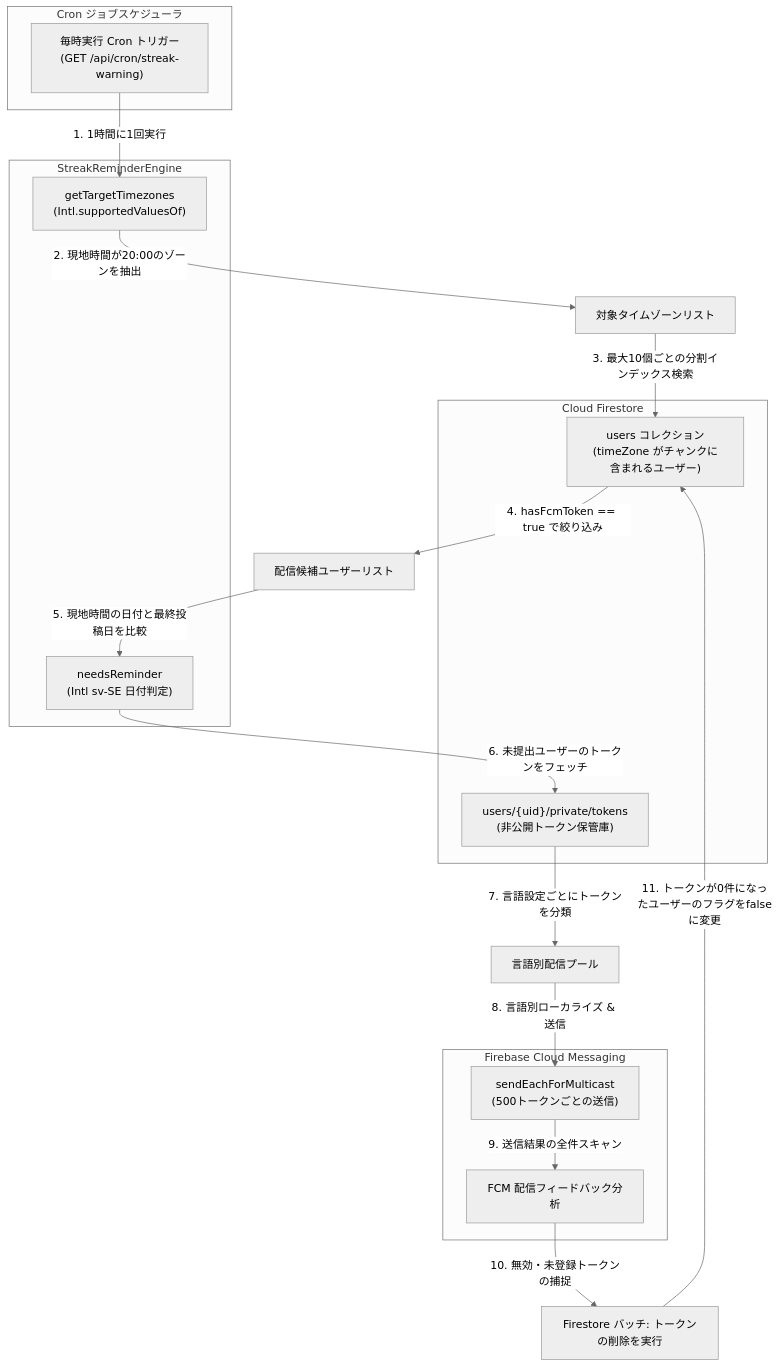
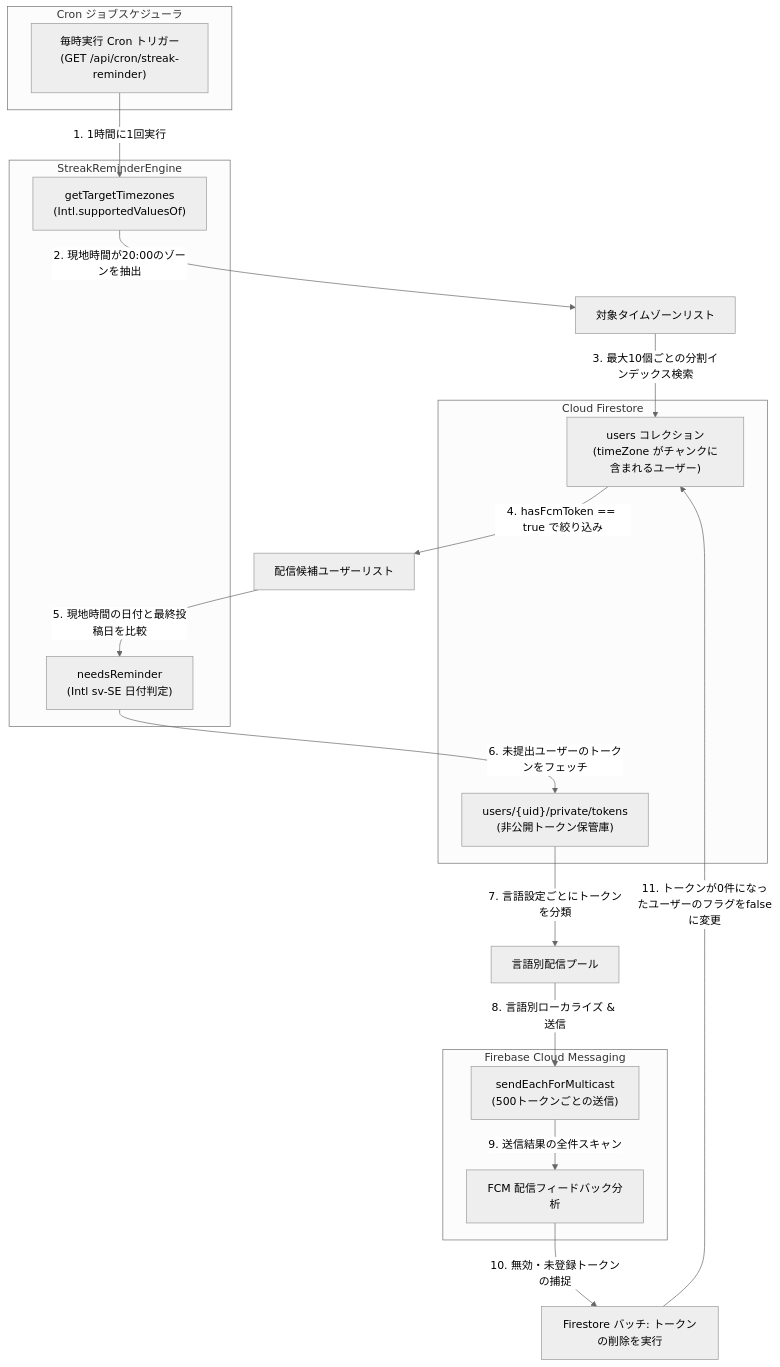
The diagram in docs/ja/details/timezone-streak-reminders.md (ScriptureHabit/scripture-habit), drawn with Mermaid (neutral theme) before and after one commit. The commit also changed other lines of this file and 10 other files, not shown here.

````diff
--- a/docs/ja/details/timezone-streak-reminders.md
+++ b/docs/ja/details/timezone-streak-reminders.md
@@ -12,37 +12,37 @@
 ```mermaid
 flowchart TD
     subgraph Trigger ["Cron ジョブスケジューラ"]
-        Cron["毎時実行 Cron トリガー\n(GET /api/cron/streak-warning)"]
+        Cron["毎時実行 Cron トリガー\n(GET /api/cron/streak-reminder)"]
     end
 
     subgraph Engine ["StreakReminderEngine"]
         TZMath["getTargetTimezones\n(Intl.supportedValuesOf)"]
         TodayMath["needsReminder\n(Intl sv-SE 日付判定)"]
     end
 
     subgraph Firestore ["Cloud Firestore"]
         FUsers["users コレクション\n(timeZone がチャンクに含まれるユーザー)"]
         FTokens["users/{uid}/private/tokens\n(非公開トークン保管庫)"]
     end
 
     subgraph FCM ["Firebase Cloud Messaging"]
         Multicast["sendEachForMulticast\n(500トークンごとの送信)"]
         Feedback["FCM 配信フィードバック分析"]
     end
 
     Cron -->|1. 1時間に1回実行| TZMath
     TZMath -->|2. 現地時間が20:00のゾーンを抽出| targetZones["対象タイムゾーンリスト"]
     
     targetZones -->|3. 最大10個ごとの分割インデックス検索| FUsers
     FUsers -->|4. hasFcmToken == true で絞り込み| eligibleUsers["配信候補ユーザーリスト"]
     
     eligibleUsers -->|5. 現地時間の日付と最終投稿日を比較| TodayMath
     TodayMath -->|6. 未提出ユーザーのトークンをフェッチ| FTokens
     FTokens -->|7. 言語設定ごとにトークンを分類| langPools["言語別配信プール"]
     
     langPools -->|8. 言語別ローカライズ & 送信| Multicast
     Multicast -->|9. 送信結果の全件スキャン| Feedback
     
     Feedback -->|10. 無効・未登録トークンの捕捉| purgeBatch["Firestore バッチ: トークンの削除を実行"]
     purgeBatch -->|11. トークンが0件になったユーザーのフラグをfalseに変更| FUsers
 ```
````
